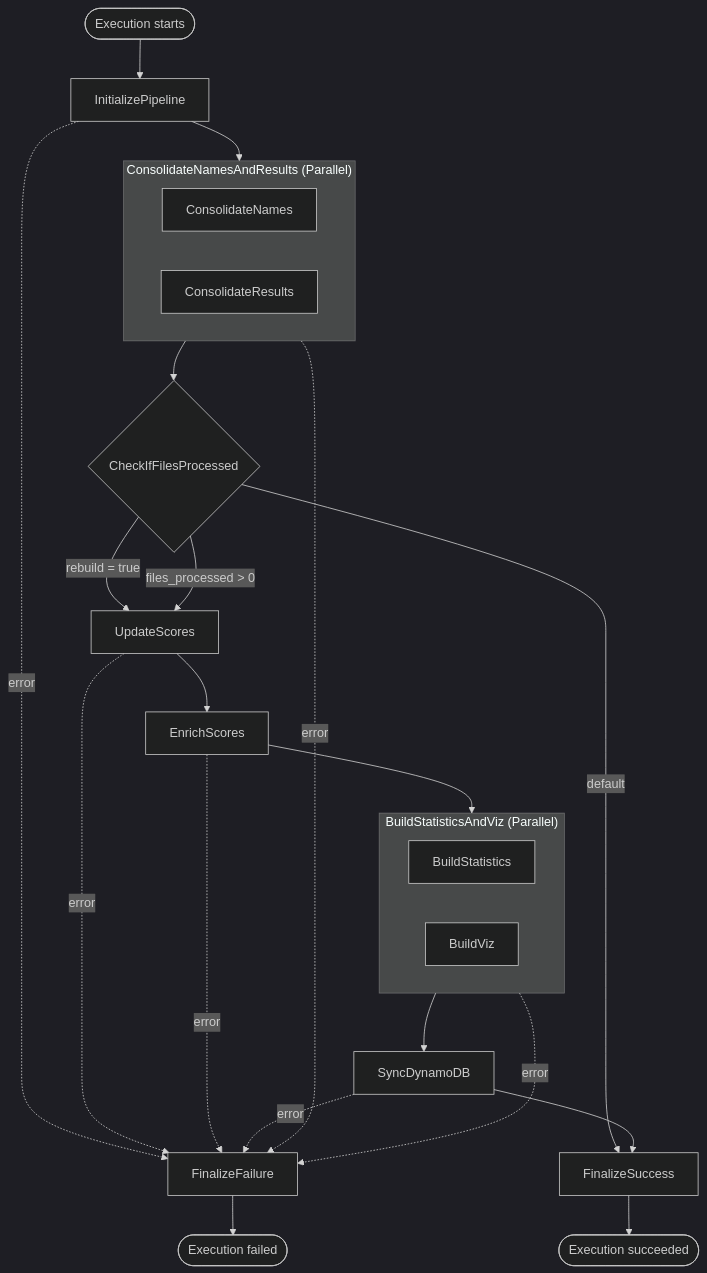
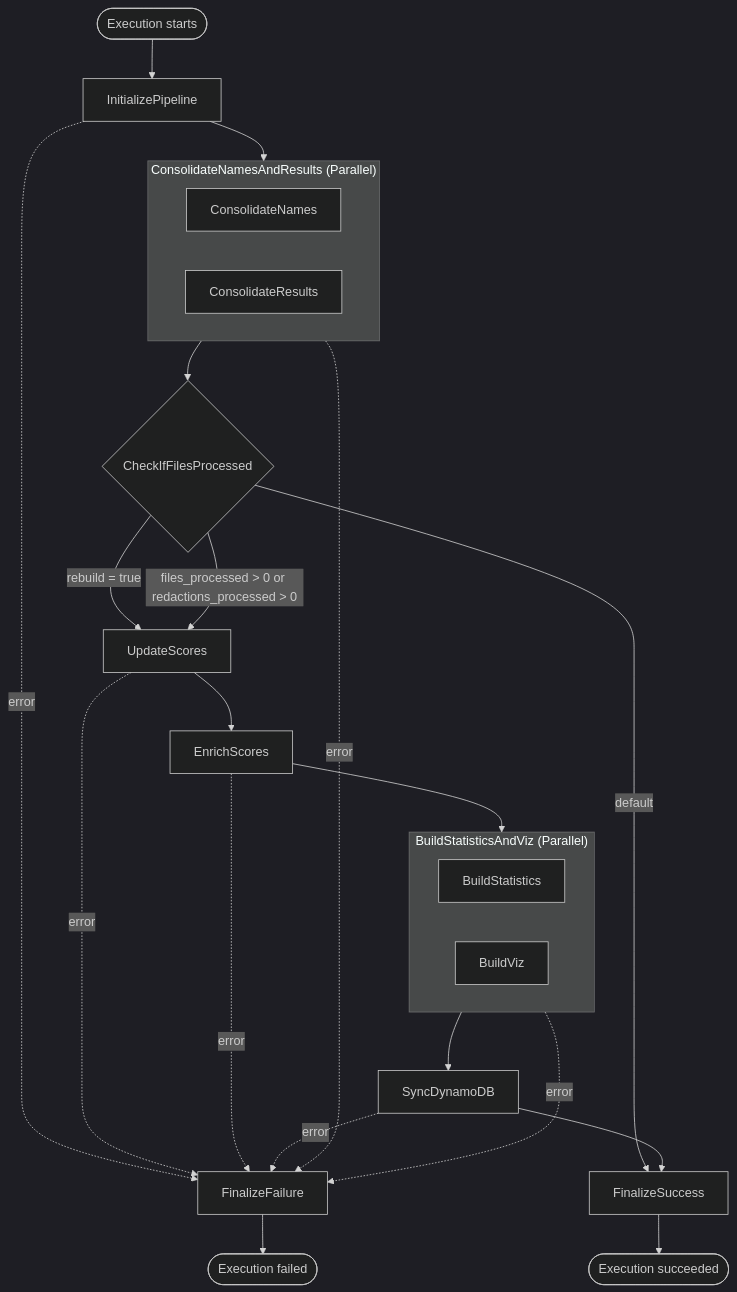
One commit to tor-gu/toa-data-pipeline changed the diagram in state-machine/README.md. Above: the diagram before and after it, drawn with Mermaid (dark theme). The commit also changed other lines of this file and 7 other files, not shown here.

````diff
--- a/state-machine/README.md
+++ b/state-machine/README.md
@@ -7,33 +7,33 @@
 ```mermaid
 flowchart TD
     Start([Execution starts]) --> Init[InitializePipeline]
     Init --> ConsolidatePar
     ConsolidatePar --> Check{CheckIfFilesProcessed}
     Check -->|rebuild = true| UpdateScores
-    Check -->|files_processed > 0| UpdateScores
+    Check -->|files_processed > 0 or redactions_processed > 0| UpdateScores
     Check -->|default| FinalizeSuccess
     UpdateScores --> EnrichScores
     EnrichScores --> Par
 
     subgraph ConsolidatePar["ConsolidateNamesAndResults (Parallel)"]
         ConsolidateNames
         ConsolidateResults
     end
 
     subgraph Par["BuildStatisticsAndViz (Parallel)"]
         BuildStatistics
         BuildViz
     end
 
     Par --> SyncDynamoDB
     SyncDynamoDB --> FinalizeSuccess
     FinalizeSuccess --> Succeeded([Execution succeeded])
 
     Init -.->|error| FinalizeFailure
     ConsolidatePar -.->|error| FinalizeFailure
     UpdateScores -.->|error| FinalizeFailure
     EnrichScores -.->|error| FinalizeFailure
     Par -.->|error| FinalizeFailure
     SyncDynamoDB -.->|error| FinalizeFailure
     FinalizeFailure --> ExecutionFailed([Execution failed])
 ```
````
